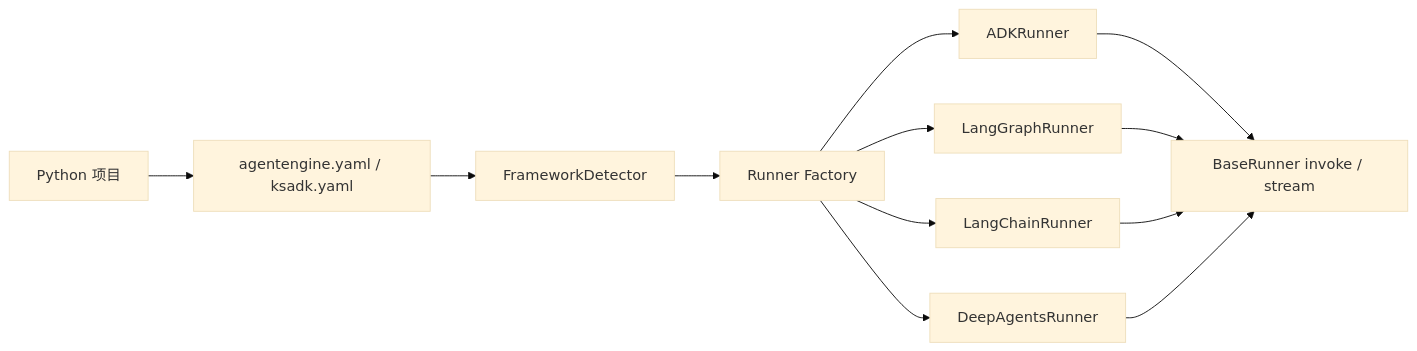
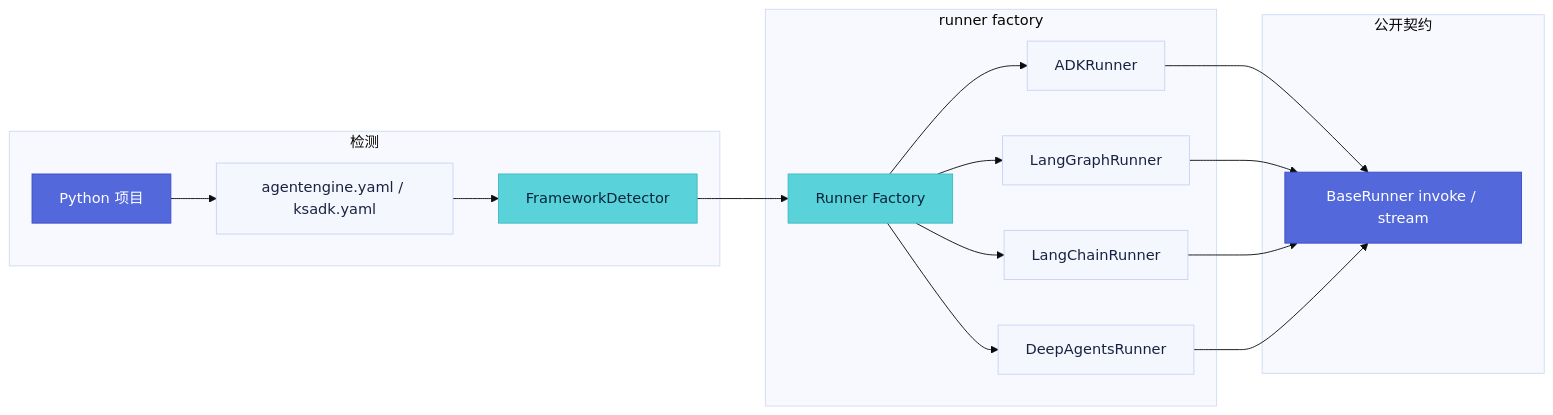
Before and after one commit to kingsoftcloud/ksadk-python: the second of 3 diagrams in docs-site/content/docs/framework/getting-started/concepts.mdx, drawn with Mermaid (base theme). The commit also changed other lines of this file and 33 other files, not shown here.

````diff
--- a/docs-site/content/docs/framework/getting-started/concepts.mdx
+++ b/docs-site/content/docs/framework/getting-started/concepts.mdx
@@ -59,14 +64,37 @@
 ```mermaid
 flowchart LR
   Project["Python 项目"] --> Config["agentengine.yaml / ksadk.yaml"]
   Config --> Detector["FrameworkDetector"]
   Detector --> Factory["Runner Factory"]
   Factory --> ADK["ADKRunner"]
   Factory --> LG["LangGraphRunner"]
   Factory --> LC["LangChainRunner"]
   Factory --> DA["DeepAgentsRunner"]
   ADK --> Contract["BaseRunner invoke / stream"]
   LG --> Contract
   LC --> Contract
   DA --> Contract
+
+  subgraph detect["检测"]
+    Project
+    Config
+    Detector
+  end
+  subgraph factory["runner factory"]
+    Factory
+    ADK
+    LG
+    LC
+    DA
+  end
+  subgraph contract["公开契约"]
+    Contract
+  end
+
+  classDef brand fill:#5368db,stroke:#3b4cc7,color:#fff
+  classDef accent fill:#59d3d9,stroke:#3fb8be,color:#0a2540
+  classDef neutral fill:#f5f7ff,stroke:#c9d2f5,color:#1a2240
+  class Project,Contract brand
+  class Detector,Factory accent
+  class Config,ADK,LG,LC,DA neutral
 ```
````
